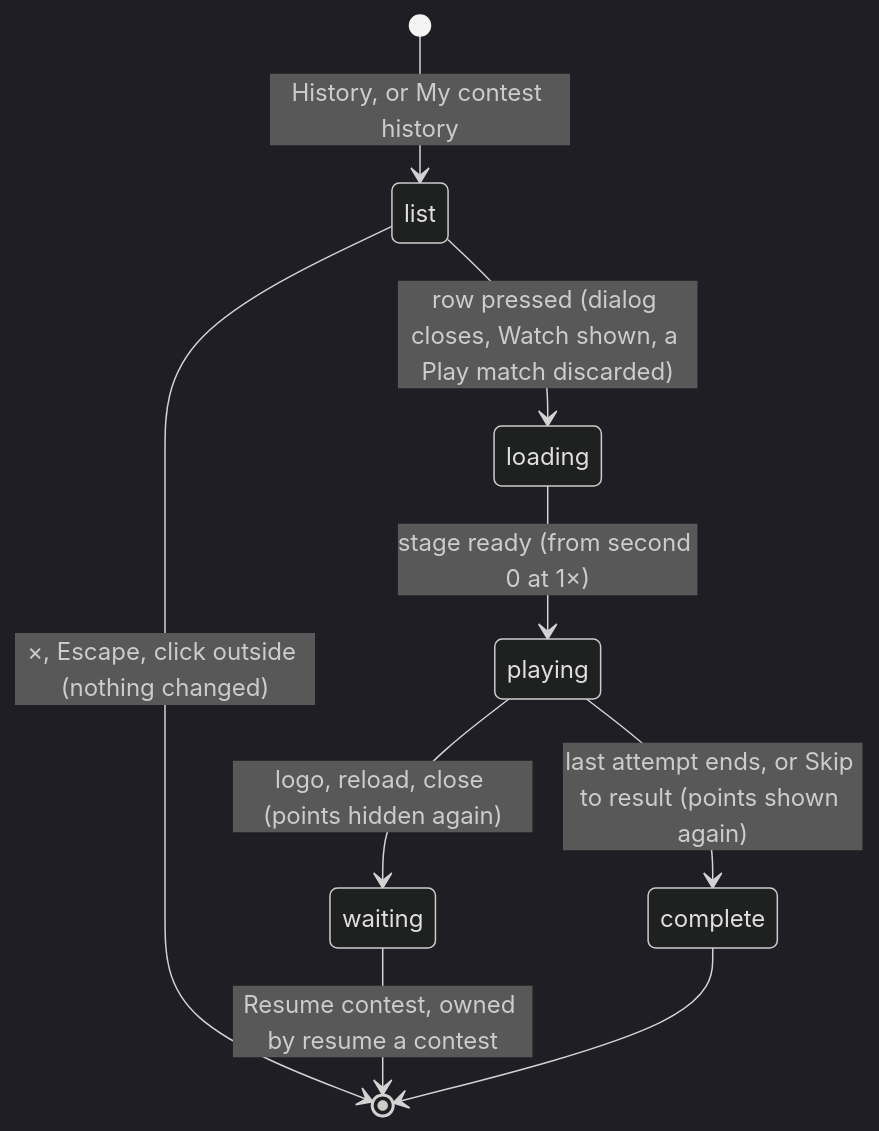
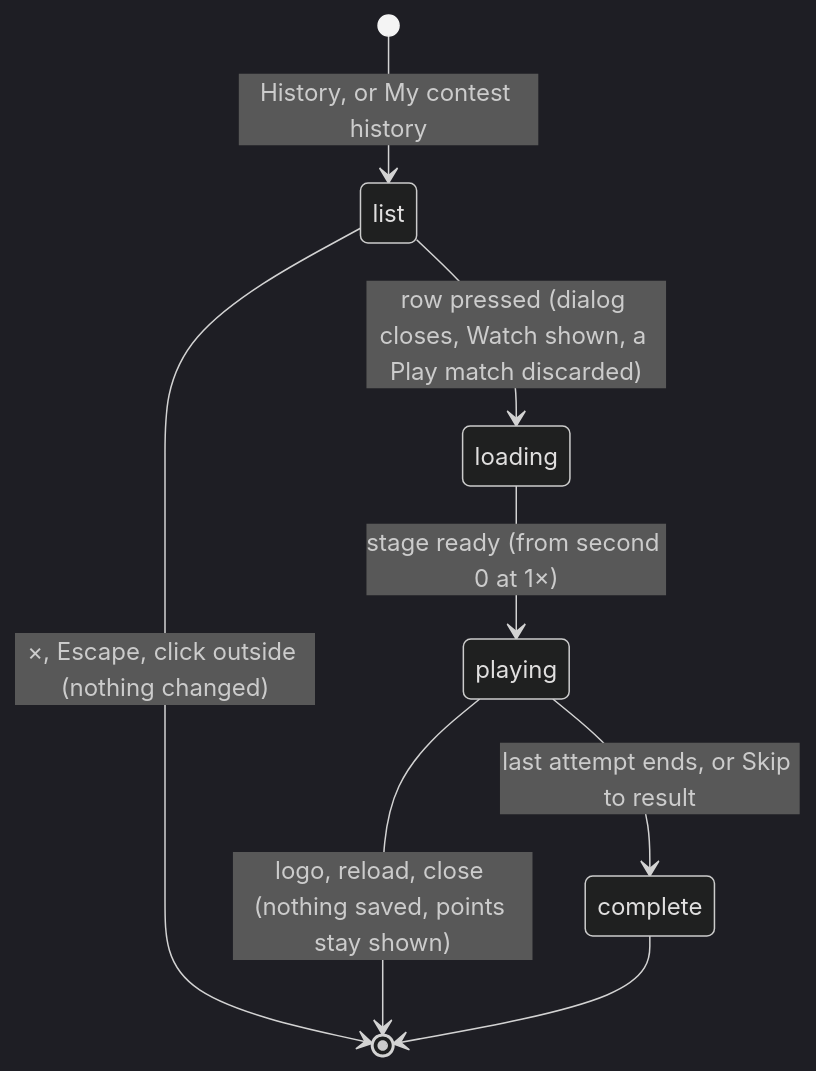
The diagram in docs/product-description/club/history-and-member-record.md (DougZeThug/Will-You-Be-My-Hero-Arena), drawn with Mermaid (dark theme) before and after one commit. The commit also changed other lines of this file and 35 other files, not shown here.

````diff
--- a/docs/product-description/club/history-and-member-record.md
+++ b/docs/product-description/club/history-and-member-record.md
@@ -39,11 +42,10 @@
 ```mermaid
 stateDiagram-v2
     [*] --> list : History, or My contest history
     list --> [*] : ×, Escape, click outside (nothing changed)
     list --> loading : row pressed (dialog closes, Watch shown, a Play match discarded)
     loading --> playing : stage ready (from second 0 at 1×)
-    playing --> complete : last attempt ends, or Skip to result (points shown again)
-    playing --> waiting : logo, reload, close (points hidden again)
-    waiting --> [*] : Resume contest, owned by resume a contest
+    playing --> complete : last attempt ends, or Skip to result
+    playing --> [*] : logo, reload, close (nothing saved, points stay shown)
     complete --> [*]
 ```
````
